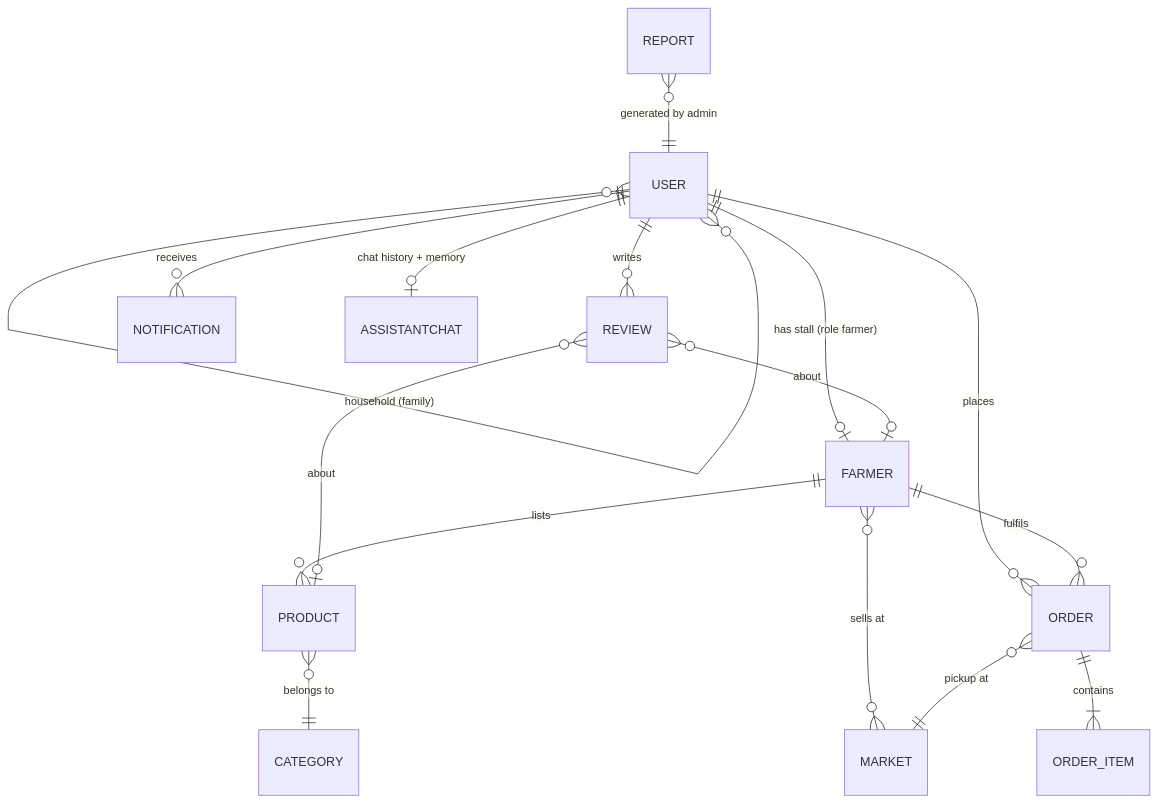
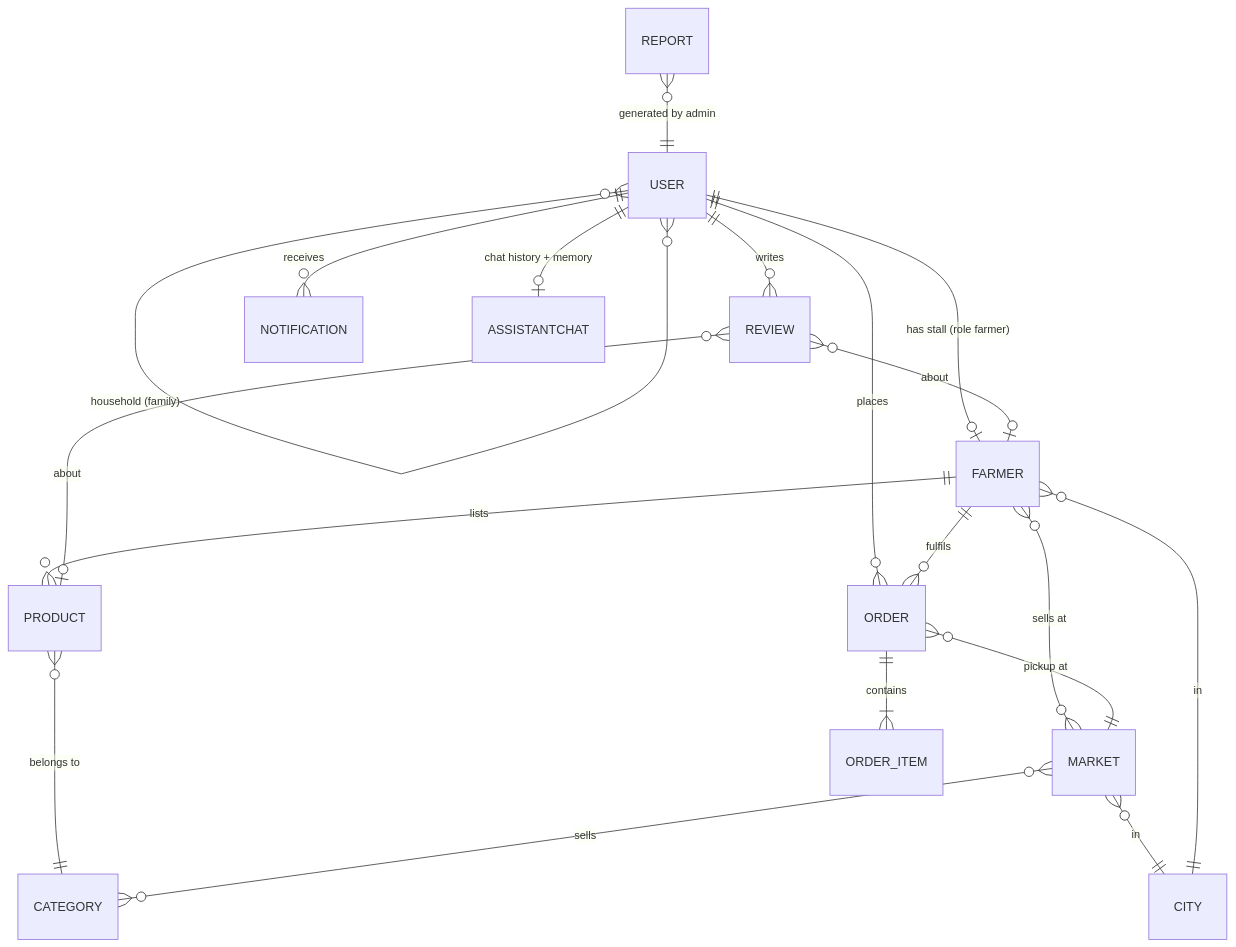
Before and after one commit to gulam603/TechWiz2026: the third of 4 diagrams in MarketLink/docs/architecture.md, drawn with Mermaid. The commit also changed other lines of this file and 77 other files, not shown here.

````diff
--- a/MarketLink/docs/architecture.md
+++ b/MarketLink/docs/architecture.md
@@ -105,18 +109,21 @@
 ```mermaid
 erDiagram
   USER ||--o| FARMER : "has stall (role farmer)"
   USER ||--o{ ORDER : places
   USER ||--o{ REVIEW : writes
   USER ||--o{ NOTIFICATION : receives
   USER ||--o| ASSISTANTCHAT : "chat history + memory"
   USER }o--o{ USER : "household (family)"
   FARMER ||--o{ PRODUCT : lists
   FARMER }o--o{ MARKET : "sells at"
   FARMER ||--o{ ORDER : fulfils
   PRODUCT }o--|| CATEGORY : "belongs to"
+  MARKET }o--o{ CATEGORY : "sells"
+  MARKET }o--|| CITY : "in"
+  FARMER }o--|| CITY : "in"
   ORDER }o--|| MARKET : "pickup at"
   ORDER ||--|{ ORDER_ITEM : contains
   REVIEW }o--o| PRODUCT : about
   REVIEW }o--o| FARMER : about
   REPORT }o--|| USER : "generated by admin"
 ```
````
